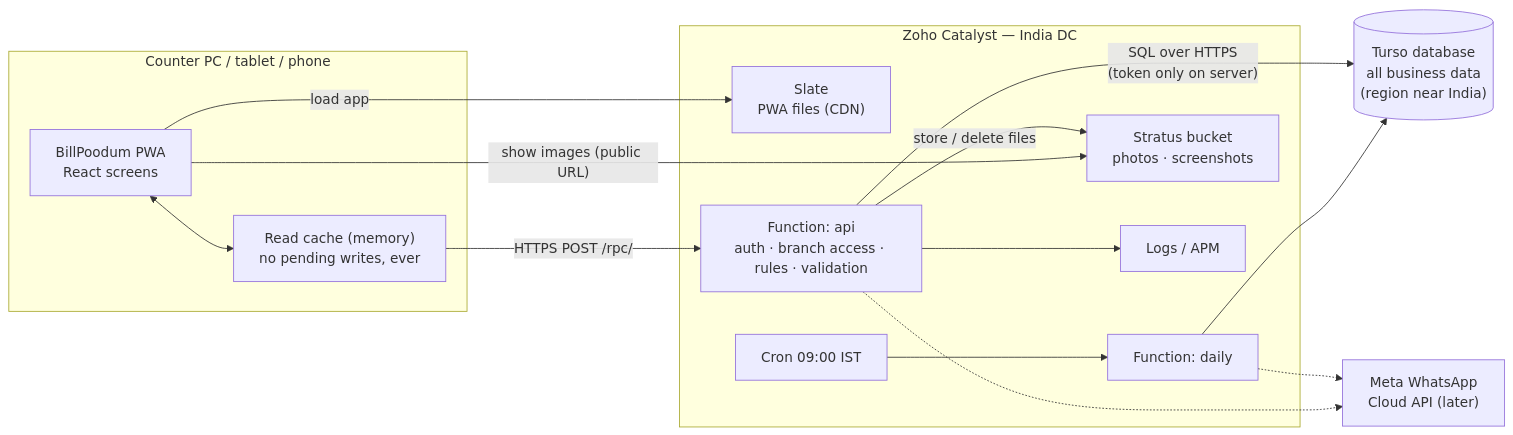
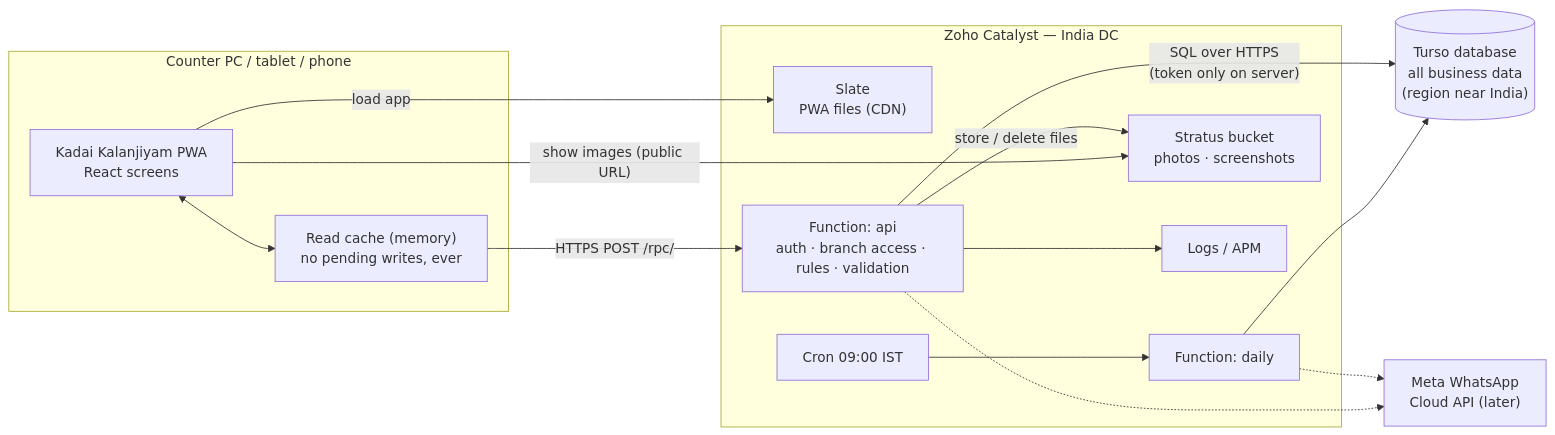
One commit to yuvankarthi42-hub/Business-Management changed the first of 10 diagrams in server/catalyst/TURSO-PLAN.md. Above: the diagram before and after it, drawn with Mermaid. The commit also changed other lines of this file and 184 other files, not shown here.

First line of the commit message:
Kadai Kalanjiyam: textile, GST, purchases, points, live updates, cost and security fixes

````diff
--- a/server/catalyst/TURSO-PLAN.md
+++ b/server/catalyst/TURSO-PLAN.md
@@ -37,30 +37,30 @@
 ```mermaid
 flowchart LR
   subgraph Device["Counter PC / tablet / phone"]
-    UI["BillPoodum PWA<br/>React screens"]
+    UI["Kadai Kalanjiyam PWA<br/>React screens"]
     RC["Read cache (memory)<br/>no pending writes, ever"]
     UI <--> RC
   end
 
   subgraph Catalyst["Zoho Catalyst — India DC"]
     SLATE["Slate<br/>PWA files (CDN)"]
     API["Function: api<br/>auth · branch access · rules · validation"]
     DAILY["Function: daily"]
     CRON["Cron 09:00 IST"]
     STRATUS["Stratus bucket<br/>photos · screenshots"]
     LOGS["Logs / APM"]
   end
 
   TURSO[("Turso database<br/>all business data<br/>(region near India)")]
   META["Meta WhatsApp<br/>Cloud API (later)"]
 
   UI -- "load app" --> SLATE
   RC -- "HTTPS  POST /rpc/<action>" --> API
   API -- "SQL over HTTPS<br/>(token only on server)" --> TURSO
   API -- "store / delete files" --> STRATUS
   UI -- "show images (public URL)" --> STRATUS
   CRON --> DAILY --> TURSO
   DAILY -.-> META
   API -.-> META
   API --> LOGS
 ```
````
